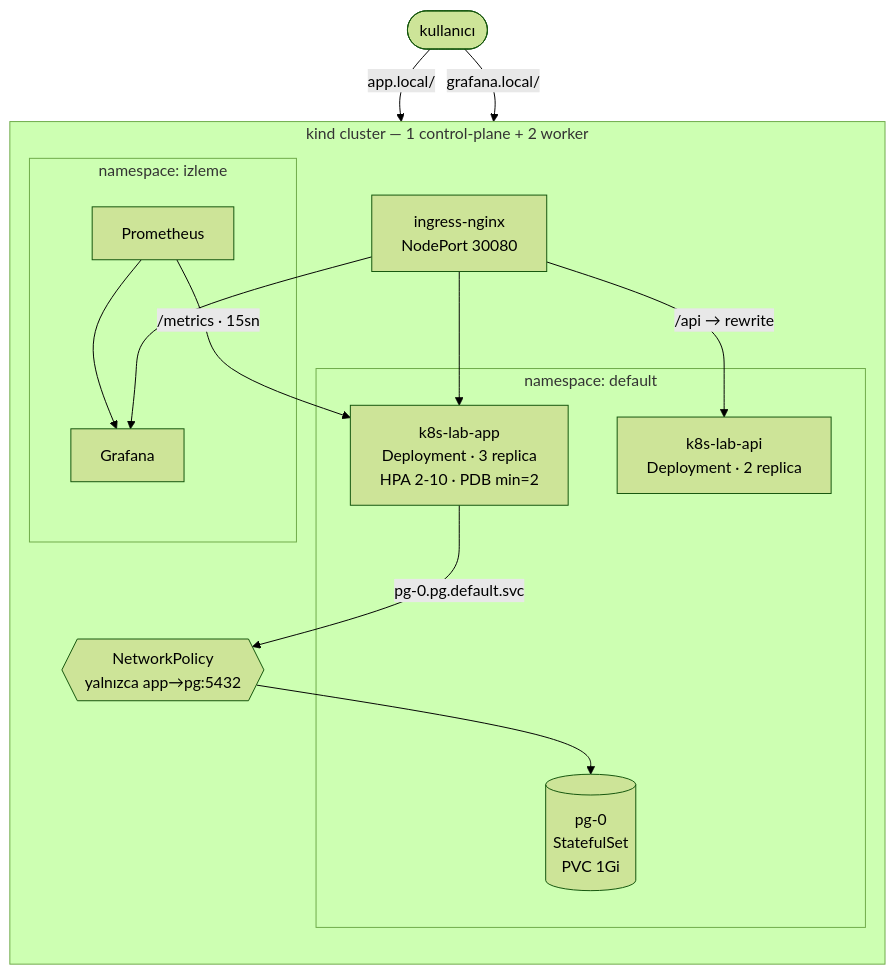
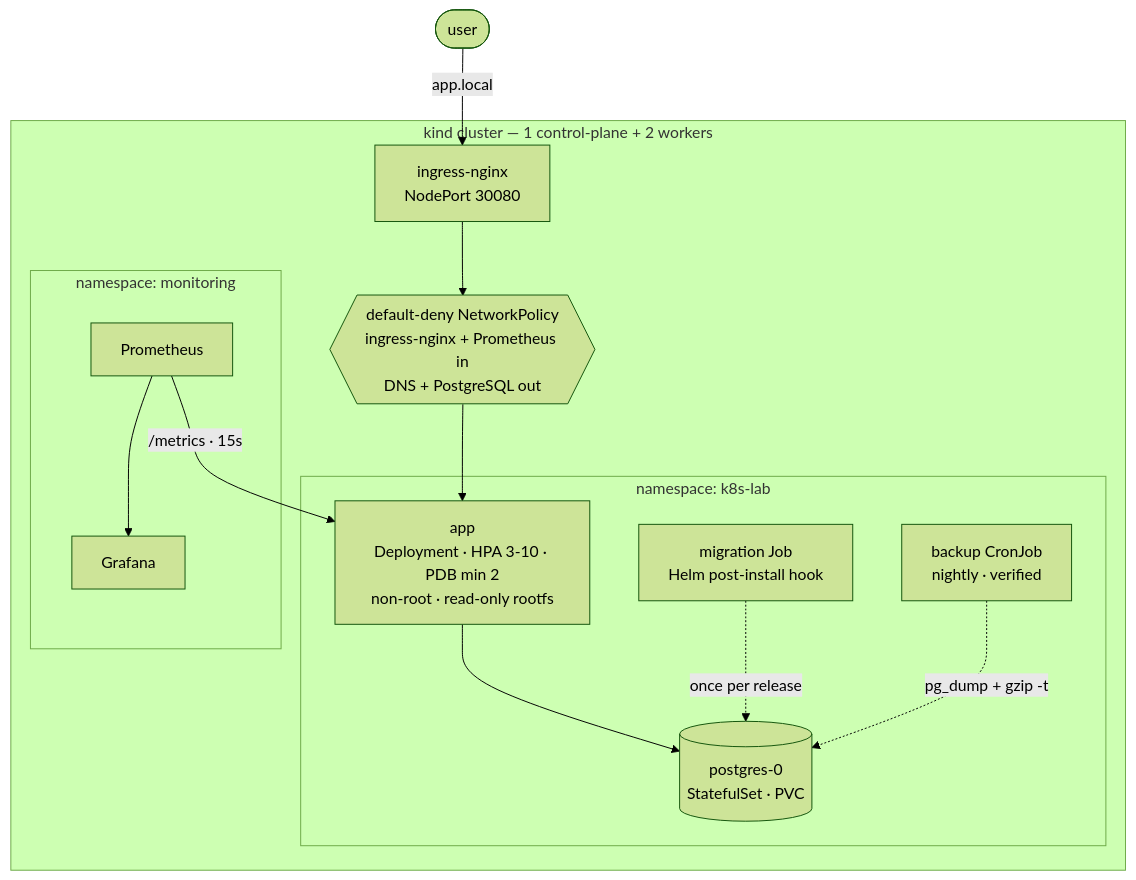
The diagram in README.md (alpacino-0/k8s-lab), drawn with Mermaid (forest theme) before and after one commit. The commit also changed other lines of this file and 61 other files, not shown here.

````diff
--- a/README.md
+++ b/README.md
@@ -17,32 +22,29 @@
 ```mermaid
 flowchart TB
-    U([kullanıcı])
+    U([user])
 
-    subgraph CL["kind cluster — 1 control-plane + 2 worker"]
-        direction TB
+    subgraph CL["kind cluster — 1 control-plane + 2 workers"]
         ING["ingress-nginx<br/>NodePort 30080"]
 
-        subgraph NS["namespace: default"]
-            APP["k8s-lab-app<br/>Deployment · 3 replica<br/>HPA 2-10 · PDB min=2"]
-            API["k8s-lab-api<br/>Deployment · 2 replica"]
-            PG[("pg-0<br/>StatefulSet<br/>PVC 1Gi")]
+        subgraph NS["namespace: k8s-lab"]
+            APP["app<br/>Deployment · HPA 3-10 · PDB min 2<br/>non-root · read-only rootfs"]
+            PG[("postgres-0<br/>StatefulSet · PVC")]
+            MIG["migration Job<br/>Helm post-install hook"]
+            BK["backup CronJob<br/>nightly · verified"]
         end
 
-        subgraph MON["namespace: izleme"]
+        subgraph MON["namespace: monitoring"]
             PROM["Prometheus"]
             GRAF["Grafana"]
         end
 
-        NP{{"NetworkPolicy<br/>yalnızca app→pg:5432"}}
+        NP{{"default-deny NetworkPolicy<br/>ingress-nginx + Prometheus in<br/>DNS + PostgreSQL out"}}
     end
 
-    U -->|"app.local/"| ING
-    U -->|"grafana.local/"| ING
-    ING --> APP
-    ING -->|"/api → rewrite"| API
-    ING --> GRAF
-    APP -->|"pg-0.pg.default.svc"| NP
-    NP --> PG
-    PROM -->|"/metrics · 15sn"| APP
+    U -->|"app.local"| ING --> NP --> APP
+    APP --> PG
+    MIG -.->|once per release| PG
+    BK -.->|pg_dump + gzip -t| PG
+    PROM -->|"/metrics · 15s"| APP
     PROM --> GRAF
 ```
````
